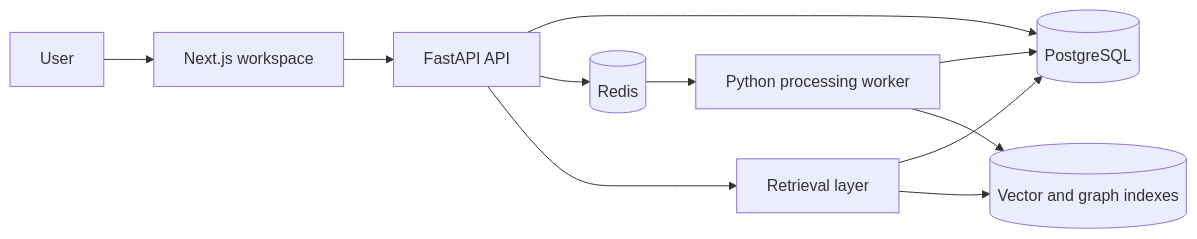
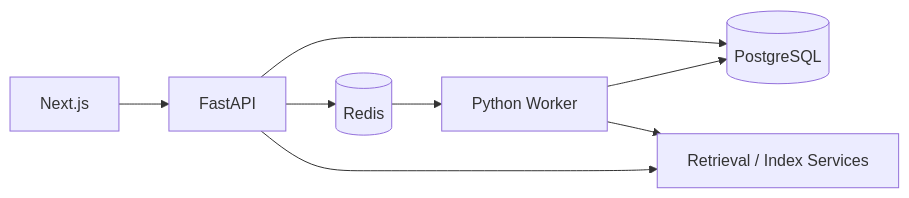
Before and after one commit to pmk915/purelink: the first of 2 diagrams in README.md, drawn with Mermaid. The commit also changed other lines of this file and 16 other files, not shown here.

````diff
--- a/README.md
+++ b/README.md
@@ -137,13 +74,10 @@
 ```mermaid
 flowchart LR
-    User[User] --> Web[Next.js workspace]
-    Web --> API[FastAPI API]
+    Web[Next.js] --> API[FastAPI]
     API --> DB[(PostgreSQL)]
     API --> Redis[(Redis)]
-    Redis --> Worker[Python processing worker]
+    Redis --> Worker[Python Worker]
     Worker --> DB
-    API --> Retrieval[Retrieval layer]
-    Retrieval --> DB
-    Retrieval --> Index[(Vector and graph indexes)]
-    Worker --> Index
+    Worker --> Index[Retrieval / Index Services]
+    API --> Index
 ```
````
